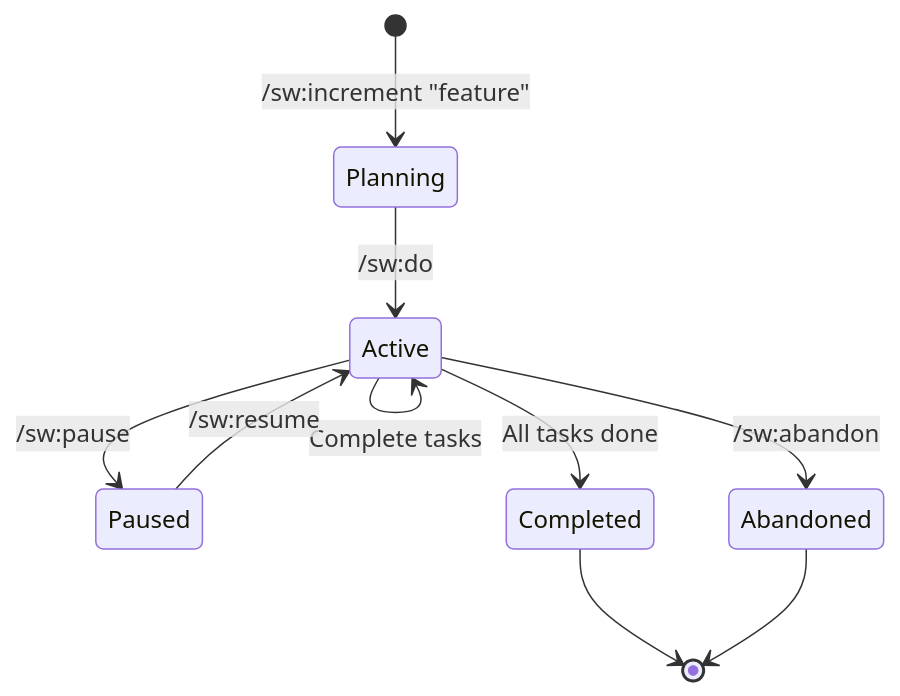
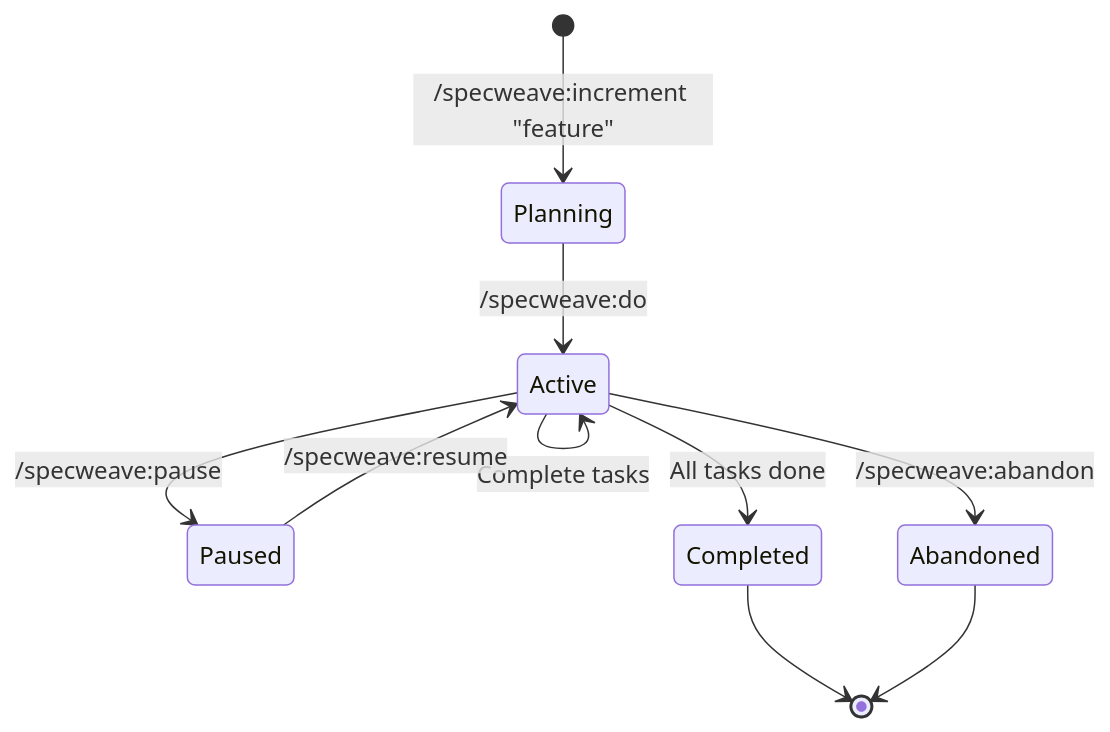
Before and after one commit to anton-abyzov/specweave: the third of 3 diagrams in docs-site/docs/guides/core-concepts/what-is-an-increment.md, drawn with Mermaid. The commit also changed other lines of this file and 144 other files, not shown here.

````diff
--- a/docs-site/docs/guides/core-concepts/what-is-an-increment.md
+++ b/docs-site/docs/guides/core-concepts/what-is-an-increment.md
@@ -133,12 +129,12 @@
 ```mermaid
 stateDiagram-v2
-    [*] --> Planning: /sw:increment "feature"
-    Planning --> Active: /sw:do
+    [*] --> Planning: /specweave:increment "feature"
+    Planning --> Active: /specweave:do
     Active --> Active: Complete tasks
-    Active --> Paused: /sw:pause
-    Paused --> Active: /sw:resume
+    Active --> Paused: /specweave:pause
+    Paused --> Active: /specweave:resume
     Active --> Completed: All tasks done
-    Active --> Abandoned: /sw:abandon
+    Active --> Abandoned: /specweave:abandon
     Completed --> [*]
     Abandoned --> [*]
 ```
````
